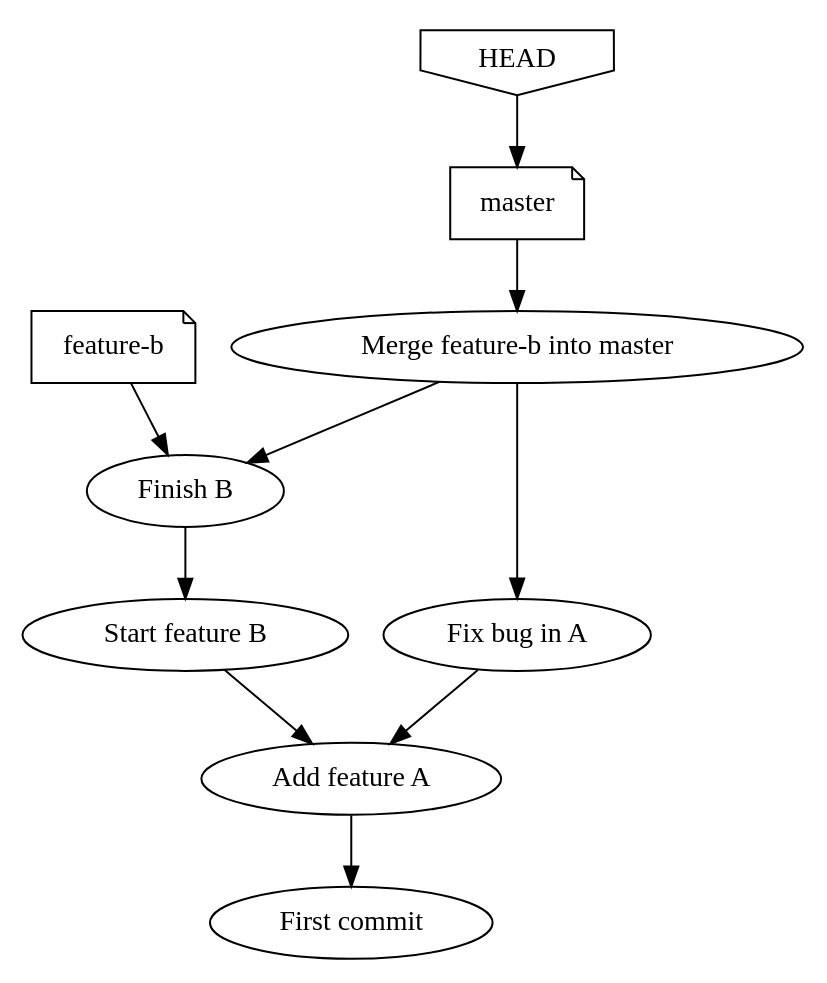
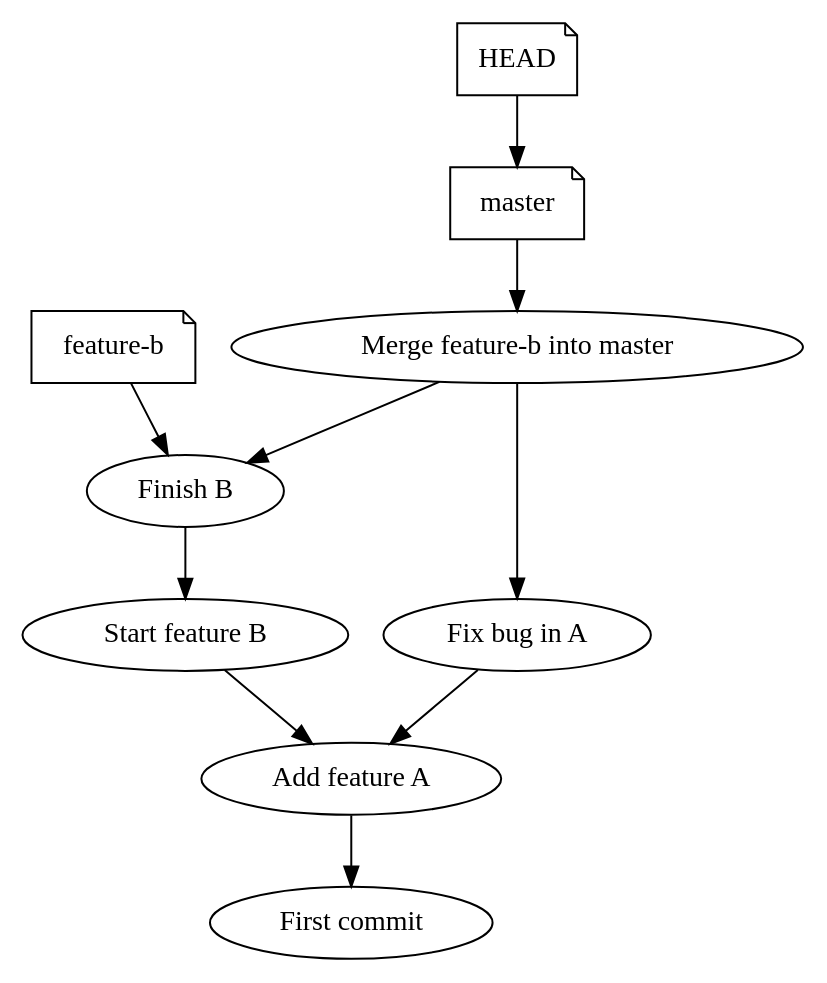
Before and after one commit to rjw57/do-you-git-it: the tenth of 13 diagrams in model.rst, drawn with Graphviz. The commit also changed other lines of this file and 9 other files, not shown here.

```diff
--- a/model.rst
+++ b/model.rst
@@ -262,22 +262,22 @@
 .. graphviz::
 
     digraph G {
         master [ shape=note ];
         "feature-b" [ shape=note ];
-        HEAD [ shape=invhouse ];
+        HEAD [ shape=note ];
 
         init [label="First commit"];
         c1 [label="Add feature A"];
         c2 [label="Start feature B"];
         c3 [label="Fix bug in A"];
         c4 [label="Finish B"];
         merge [label="Merge feature-b into master"];
 
         c4 -> c2 -> c1 -> init;
         c3 -> c1;
         merge -> c3;
         merge -> c4;
         master -> merge;
         "feature-b" -> c4;
         HEAD -> master;
     }
```
